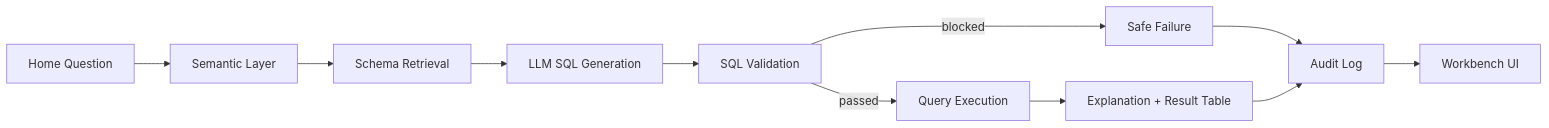
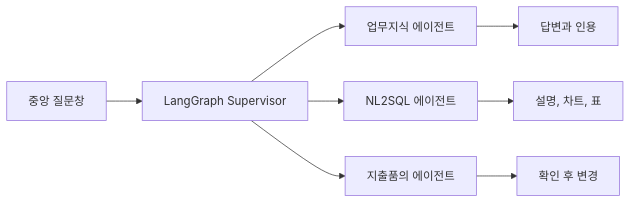
Before and after one commit to rkdals0203/im-one: the diagram in docs/demo_script.md, drawn with Mermaid. The commit also changed other lines of this file and 111 other files, not shown here.

````diff
--- a/docs/demo_script.md
+++ b/docs/demo_script.md
@@ -16,13 +7,10 @@
 ```mermaid
 flowchart LR
-    A["Home Question"] --> B["Semantic Layer"]
-    B --> C["Schema Retrieval"]
-    C --> D["LLM SQL Generation"]
-    D --> E["SQL Validation"]
-    E -->|passed| F["Query Execution"]
-    E -->|blocked| G["Safe Failure"]
-    F --> H["Explanation + Result Table"]
-    G --> I["Audit Log"]
-    H --> I["Audit Log"]
-    I --> J["Workbench UI"]
+    A["중앙 질문창"] --> B["LangGraph Supervisor"]
+    B --> C["업무지식 에이전트"]
+    B --> D["NL2SQL 에이전트"]
+    B --> E["지출품의 에이전트"]
+    C --> F["답변과 인용"]
+    D --> G["설명, 차트, 표"]
+    E --> H["확인 후 변경"]
 ```
````
